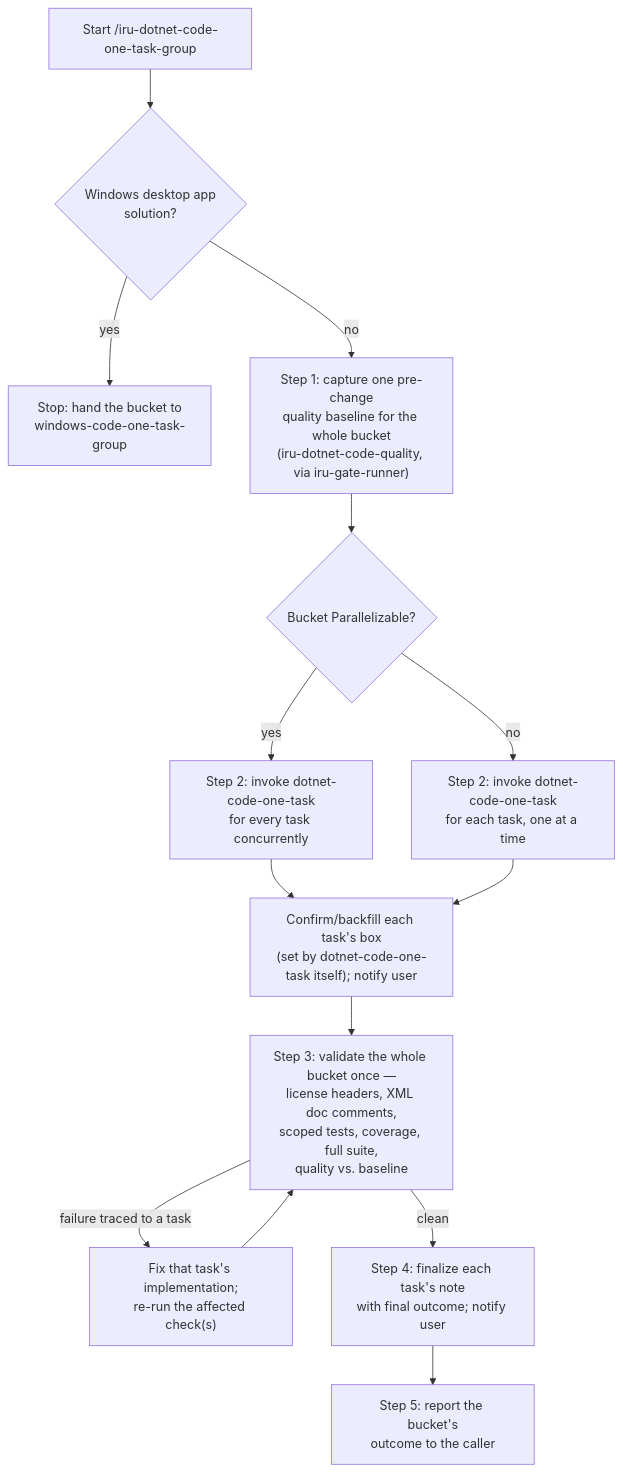
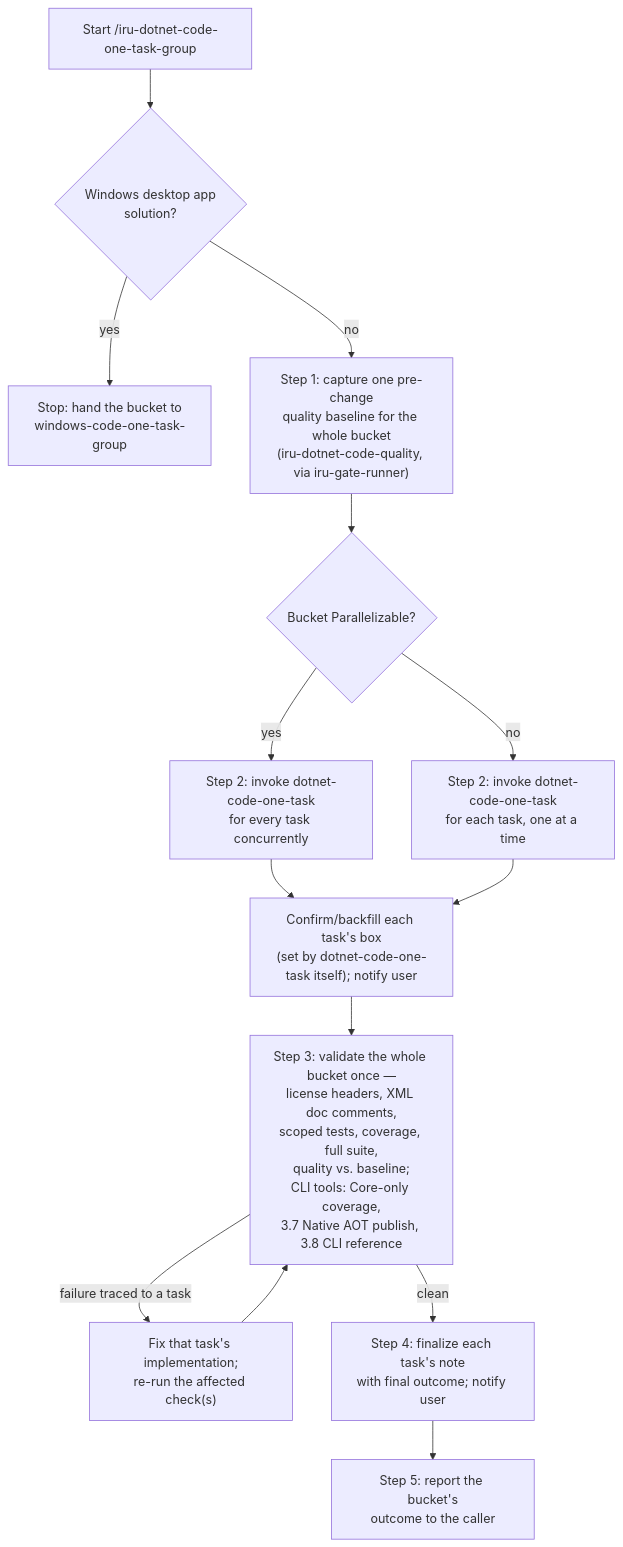
One commit to albertoirurueta/ai-catalog changed the diagram in docs/modules/ROOT/pages/skills/iru-dotnet-code-one-task-group.adoc. Above: the diagram before and after it, drawn with Mermaid. The commit also changed other lines of this file and 140 other files, not shown here.

```diff
--- a/docs/modules/ROOT/pages/skills/iru-dotnet-code-one-task-group.adoc
+++ b/docs/modules/ROOT/pages/skills/iru-dotnet-code-one-task-group.adoc
@@ -78,17 +91,17 @@
 [mermaid]
 ....
 flowchart TD
     A[Start /iru-dotnet-code-one-task-group] --> W{"Windows desktop app\nsolution?"}
     W -- yes --> W2["Stop: hand the bucket to\nwindows-code-one-task-group"]
     W -- no --> B["Step 1: capture one pre-change\nquality baseline for the whole bucket\n(iru-dotnet-code-quality, via iru-gate-runner)"]
     B --> C{Bucket Parallelizable?}
     C -- yes --> D["Step 2: invoke dotnet-code-one-task\nfor every task concurrently"]
     C -- no --> E["Step 2: invoke dotnet-code-one-task\nfor each task, one at a time"]
     D --> F["Confirm/backfill each task's box\n(set by dotnet-code-one-task itself); notify user"]
     E --> F
-    F --> G["Step 3: validate the whole bucket once —\nlicense headers, XML doc comments,\nscoped tests, coverage, full suite,\nquality vs. baseline"]
+    F --> G["Step 3: validate the whole bucket once —\nlicense headers, XML doc comments,\nscoped tests, coverage, full suite,\nquality vs. baseline;\nCLI tools: Core-only coverage,\n3.7 Native AOT publish, 3.8 CLI reference"]
     G -- failure traced to a task --> H["Fix that task's implementation;\nre-run the affected check(s)"]
     H --> G
     G -- clean --> I["Step 4: finalize each task's note\nwith final outcome; notify user"]
     I --> J["Step 5: report the bucket's\noutcome to the caller"]
 ....
```
